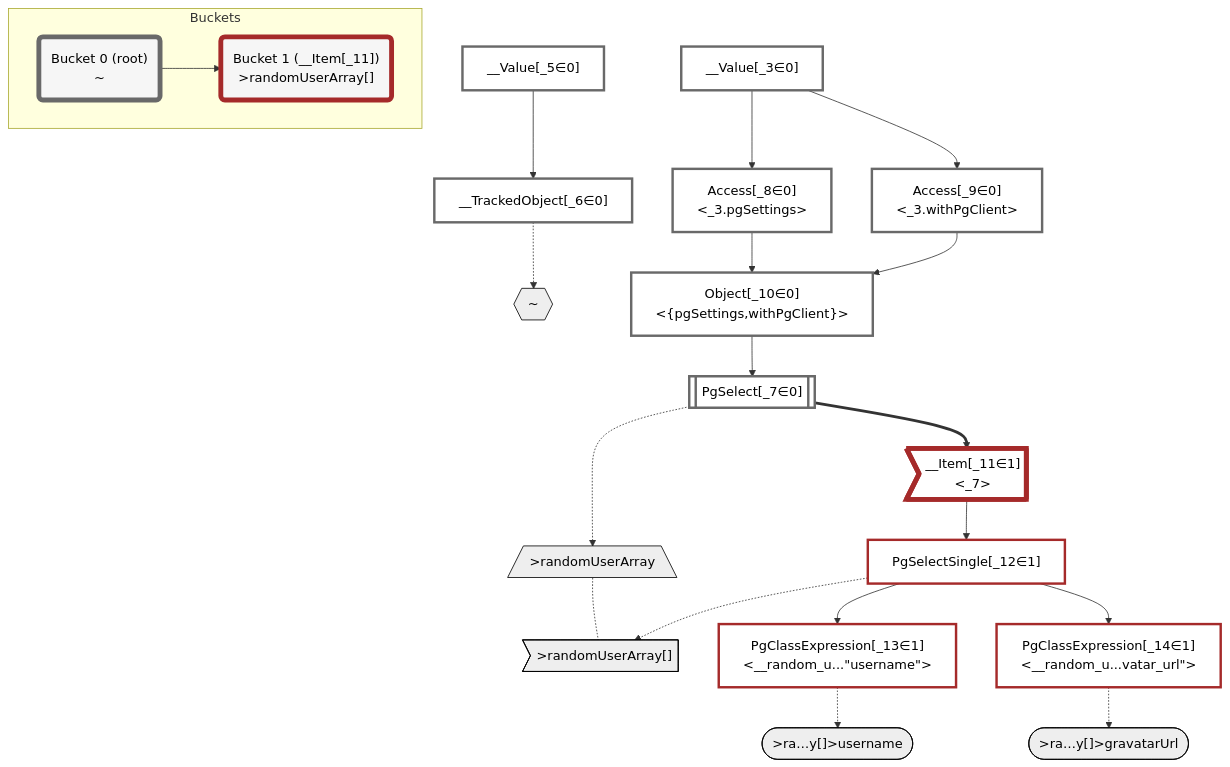
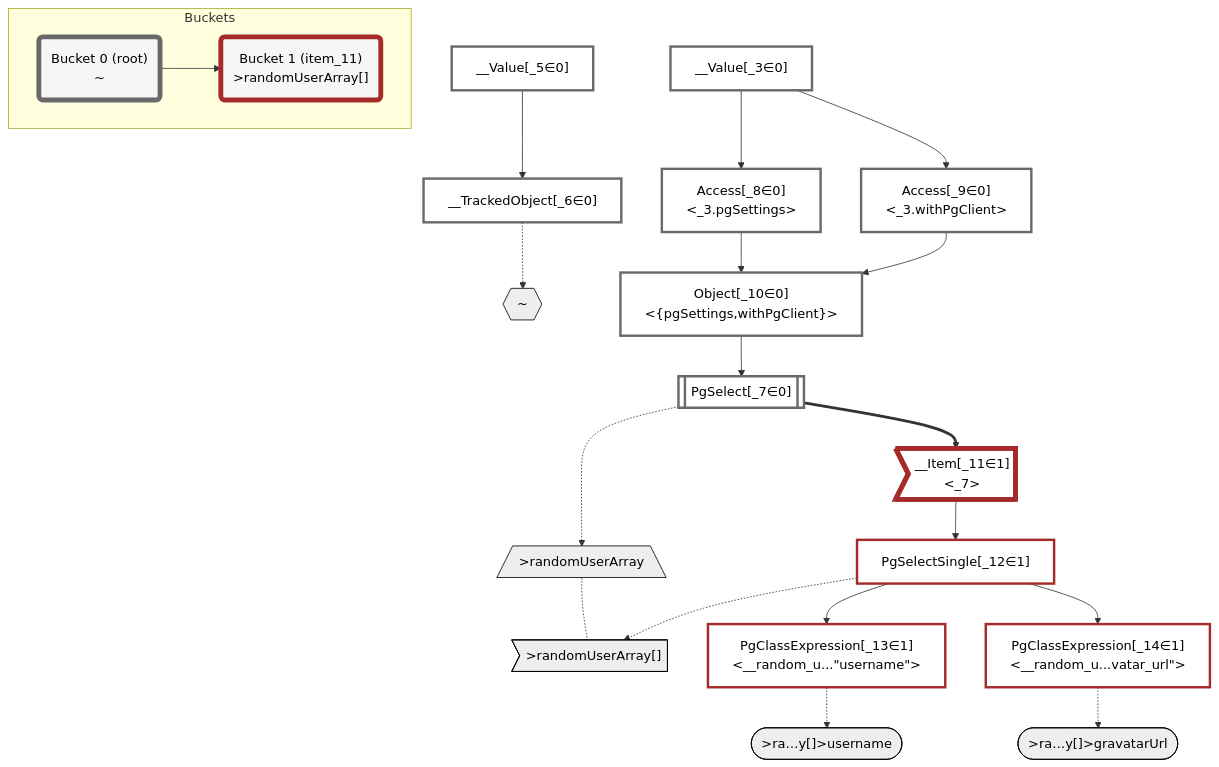
One commit to graphile/crystal changed the diagram in packages/dataplan-pg/__tests__/queries/functions/custom-query-random-user-array.mermaid.md. Above: the diagram before and after it, drawn with Mermaid. The commit also changed 159 other files, not shown here.

````diff
--- a/packages/dataplan-pg/__tests__/queries/functions/custom-query-random-user-array.mermaid.md
+++ b/packages/dataplan-pg/__tests__/queries/functions/custom-query-random-user-array.mermaid.md
@@ -1,66 +1,66 @@
 ```mermaid
 graph TD
     classDef path fill:#eee,stroke:#000,color:#000
     classDef plan fill:#fff,stroke-width:3px,color:#000
     classDef itemplan fill:#fff,stroke-width:6px,color:#000
     classDef sideeffectplan fill:#f00,stroke-width:6px,color:#000
     classDef bucket fill:#f6f6f6,color:#000,stroke-width:6px
 
     %% subgraph fields
     P1{{"~"}}:::path
     P2[/">randomUserArray"\]:::path
     P3>">randomUserArray[]"]:::path
     P2 -.- P3
     P4([">ra…y[]>username"]):::path
     %% P3 -.-> P4
     P5([">ra…y[]>gravatarUrl"]):::path
     %% P3 -.-> P5
     %% P1 -.-> P2
     %% end
 
     %% define plans
     __Value_3["__Value[_3∈0]<br /><context>"]:::plan
     __Value_5["__Value[_5∈0]<br /><rootValue>"]:::plan
     __TrackedObject_6["__TrackedObject[_6∈0]"]:::plan
     PgSelect_7[["PgSelect[_7∈0]<br /><random_user_array>"]]:::plan
     Access_8["Access[_8∈0]<br /><_3.pgSettings>"]:::plan
     Access_9["Access[_9∈0]<br /><_3.withPgClient>"]:::plan
     Object_10["Object[_10∈0]<br /><{pgSettings,withPgClient}>"]:::plan
     __Item_11>"__Item[_11∈1]<br /><_7>"]:::itemplan
     PgSelectSingle_12["PgSelectSingle[_12∈1]<br /><random_user_array>"]:::plan
     PgClassExpression_13["PgClassExpression[_13∈1]<br /><__random_u...#quot;username#quot;>"]:::plan
     PgClassExpression_14["PgClassExpression[_14∈1]<br /><__random_u...vatar_url#quot;>"]:::plan
 
     %% plan dependencies
     __Value_5 --> __TrackedObject_6
     Object_10 --> PgSelect_7
     __Value_3 --> Access_8
     __Value_3 --> Access_9
     Access_8 --> Object_10
     Access_9 --> Object_10
     PgSelect_7 ==> __Item_11
     __Item_11 --> PgSelectSingle_12
     PgSelectSingle_12 --> PgClassExpression_13
     PgSelectSingle_12 --> PgClassExpression_14
 
     %% plan-to-path relationships
     __TrackedObject_6 -.-> P1
     PgSelect_7 -.-> P2
     PgSelectSingle_12 -.-> P3
     PgClassExpression_13 -.-> P4
     PgClassExpression_14 -.-> P5
 
     %% allocate buckets
     classDef bucket0 stroke:#696969
     class __Value_3,__Value_5,__TrackedObject_6,PgSelect_7,Access_8,Access_9,Object_10 bucket0
     classDef bucket1 stroke:#a52a2a
     class __Item_11,PgSelectSingle_12,PgClassExpression_13,PgClassExpression_14 bucket1
 
     subgraph Buckets
     Bucket0("Bucket 0 (root)<br />~"):::bucket
     style Bucket0 stroke:#696969
-    Bucket1("Bucket 1 (__Item[_11])<br />>randomUserArray[]"):::bucket
+    Bucket1("Bucket 1 (item_11)<br />>randomUserArray[]"):::bucket
     style Bucket1 stroke:#a52a2a
     Bucket0 --> Bucket1
     end
 ```
````
